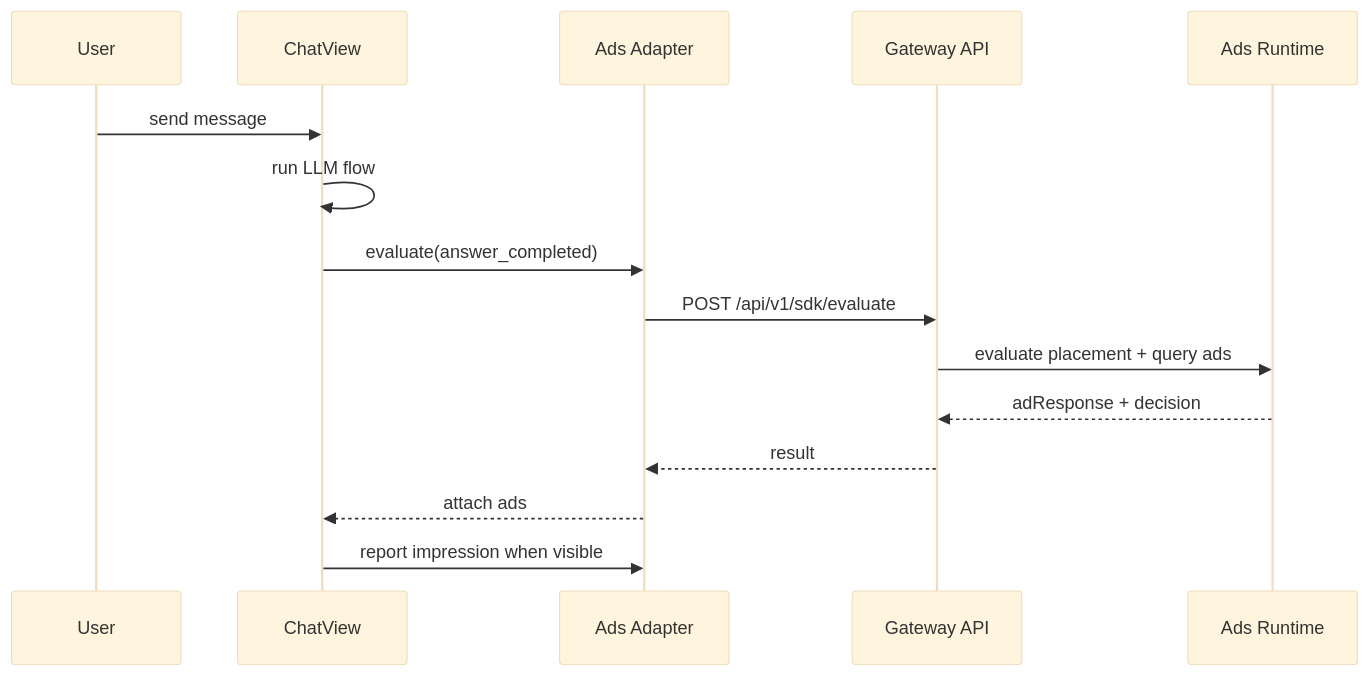
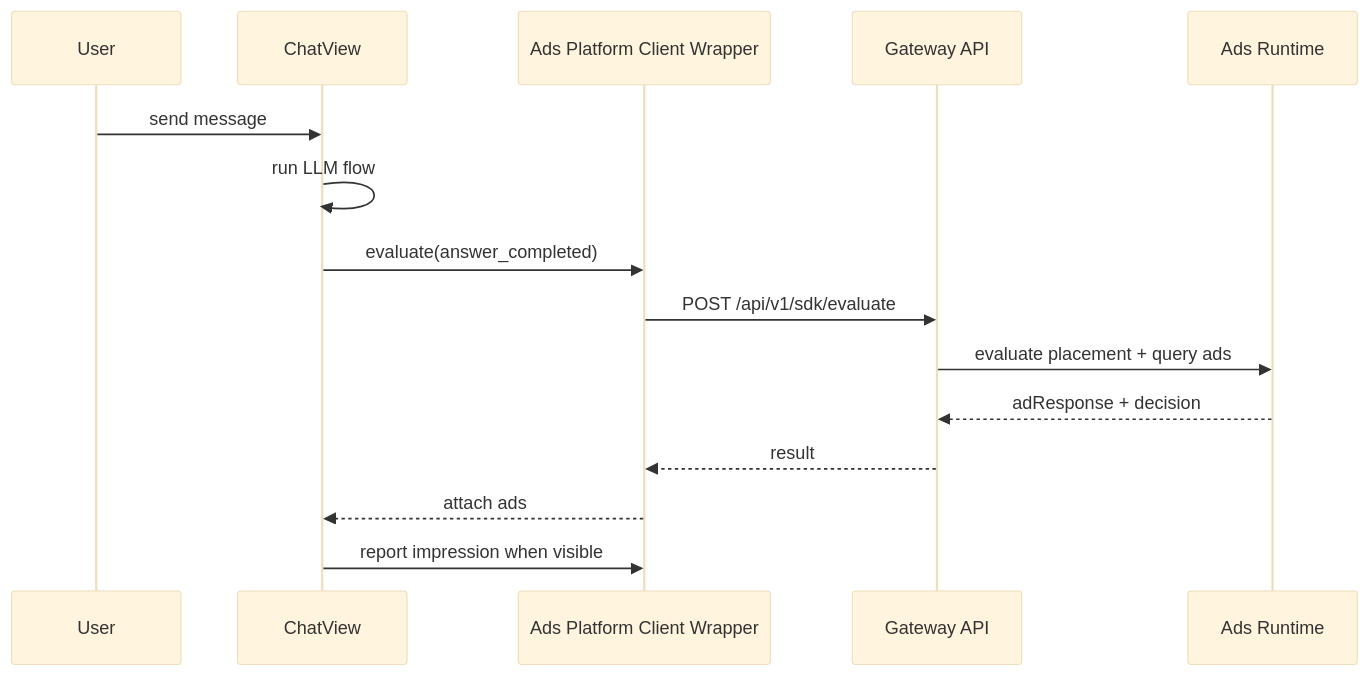
Before and after one commit to Noahmlng/tappy-ai: the second of 2 diagrams in projects/simulator-chatbot/docs/sdk-integration-design.md, drawn with Mermaid (base theme). The commit also changed other lines of this file, not shown here.

Commit message:
docs(simulator-chatbot): align integration naming with ads platform client

````diff
--- a/projects/simulator-chatbot/docs/sdk-integration-design.md
+++ b/projects/simulator-chatbot/docs/sdk-integration-design.md
@@ -119,18 +120,18 @@
 ```mermaid
 sequenceDiagram
   participant U as User
   participant C as ChatView
-  participant S as Ads Adapter
+  participant S as Ads Platform Client Wrapper
   participant G as Gateway API
   participant R as Ads Runtime
 
   U->>C: send message
   C->>C: run LLM flow
   C->>S: evaluate(answer_completed)
   S->>G: POST /api/v1/sdk/evaluate
   G->>R: evaluate placement + query ads
   R-->>G: adResponse + decision
   G-->>S: result
   S-->>C: attach ads
   C->>S: report impression when visible
 ```
````
